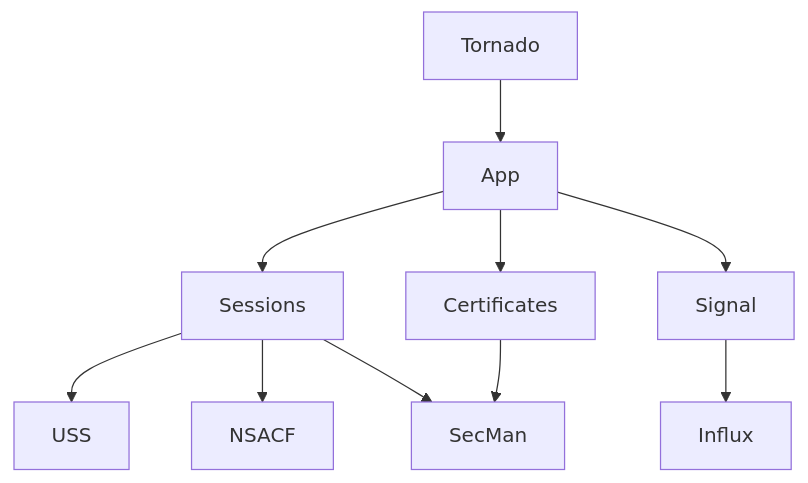
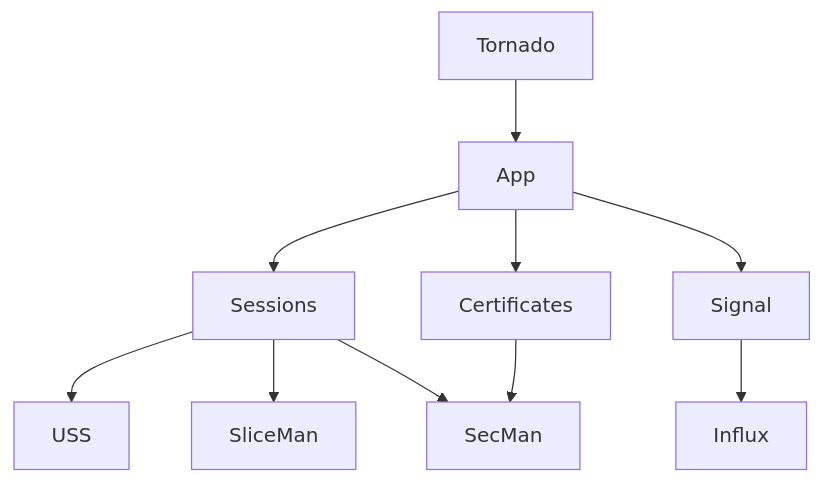
One commit to flyvercity/iot-ngin-c2ng changed the third of 7 diagrams in docs/GENERAL.md. Above: the diagram before and after it, drawn with Mermaid. The commit also changed other lines of this file and 11 other files, not shown here.

````diff
--- a/docs/GENERAL.md
+++ b/docs/GENERAL.md
@@ -105,12 +105,12 @@
 ```mermaid
 flowchart
     Tornado --> App
     App --> Sessions
     App --> Certificates
     App --> Signal
     Sessions --> USS
-    Sessions --> NSACF
+    Sessions --> SliceMan
     Sessions --> SecMan
     Certificates --> SecMan
     Signal --> Influx
 ```
````
